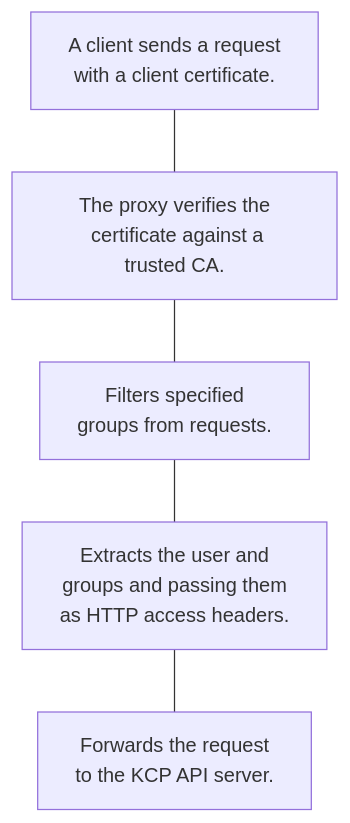
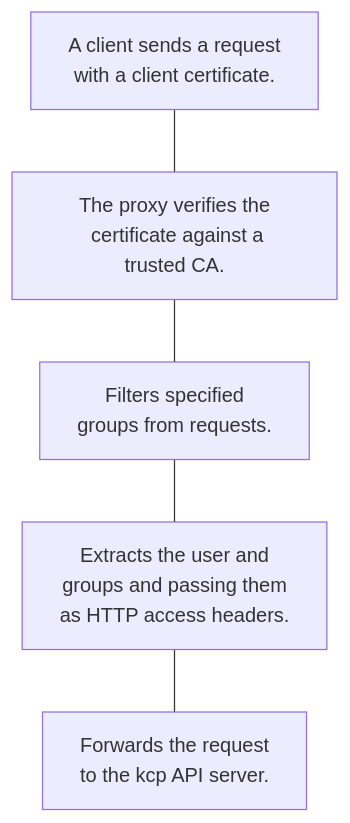
One commit to kcp-dev/kcp changed the diagram in docs/content/concepts/authentication/index.md. Above: the diagram before and after it, drawn with Mermaid. The commit also changed other lines of this file and 1 other file, not shown here.

First line of the commit message:
update kcp authentication page

````diff
--- a/docs/content/concepts/authentication/index.md
+++ b/docs/content/concepts/authentication/index.md
@@ -48,14 +30,14 @@
 ``` mermaid
 flowchart
 	n1@{ label: "Rectangle" }
 	n1["A client sends a request
   with a client certificate."] --- n2
 	n2["The proxy verifies the
   certificate against a trusted CA."] --- n3
 	n3["Filters specified
   groups from requests."] --- n4
 	n4["Extracts the user and
   groups and passing them
   as HTTP access headers."] --- n5["Forwards the request
-  to the KCP API server."]
+  to the kcp API server."]
 ```
````
